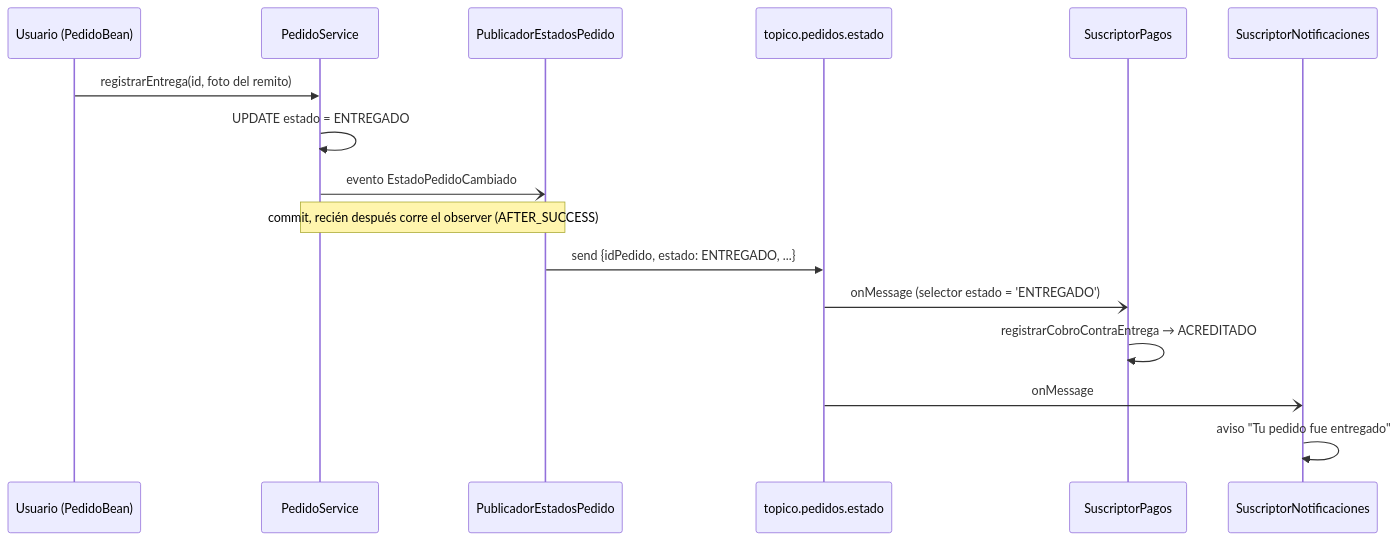
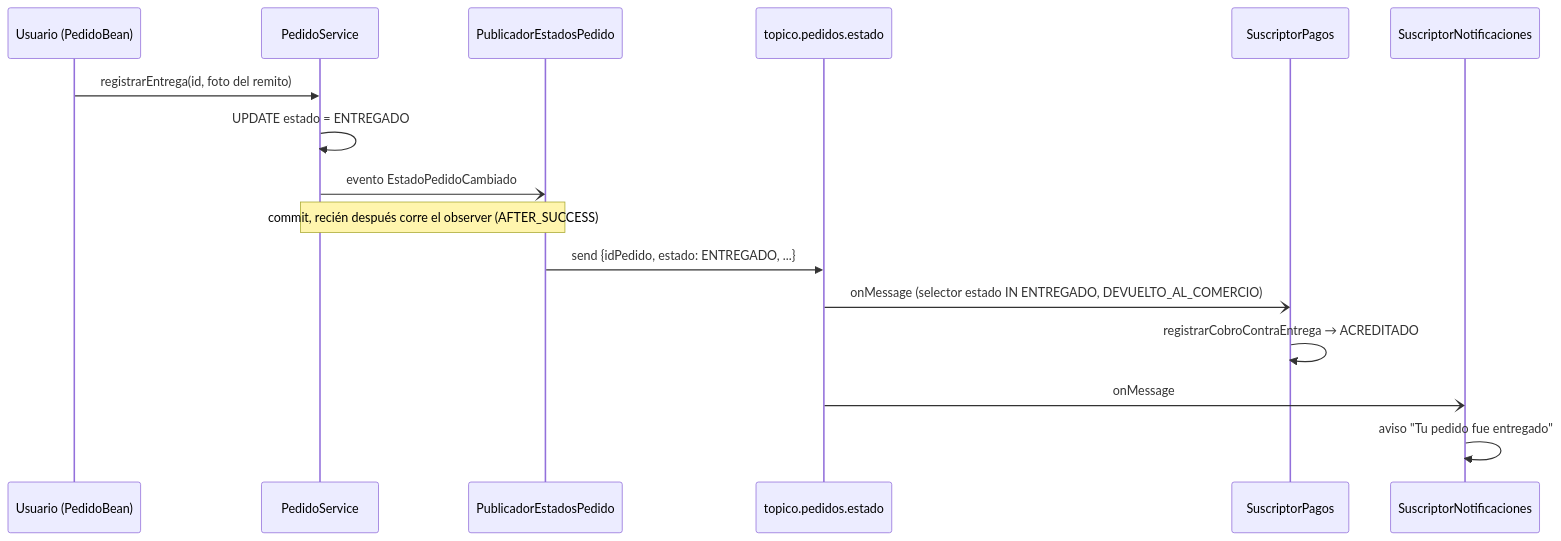
The second of 2 diagrams in docs/integraciones/MENSAJERIA-ASINCRONICA.md (feliforte14/Rabbit), drawn with Mermaid before and after one commit. The commit also changed 12 other files, not shown here.

````diff
--- a/docs/integraciones/MENSAJERIA-ASINCRONICA.md
+++ b/docs/integraciones/MENSAJERIA-ASINCRONICA.md
@@ -104,18 +104,18 @@
 ```mermaid
 sequenceDiagram
     participant U as Usuario (PedidoBean)
     participant PS as PedidoService
     participant Pub as PublicadorEstadosPedido
     participant T as topico.pedidos.estado
     participant Pag as SuscriptorPagos
     participant Not as SuscriptorNotificaciones
     U->>PS: registrarEntrega(id, foto del remito)
     PS->>PS: UPDATE estado = ENTREGADO
     PS-)Pub: evento EstadoPedidoCambiado
     Note over PS,Pub: commit, recién después corre el observer (AFTER_SUCCESS)
     Pub->>T: send {idPedido, estado: ENTREGADO, ...}
-    T-)Pag: onMessage (selector estado = 'ENTREGADO')
+    T-)Pag: onMessage (selector estado IN ENTREGADO, DEVUELTO_AL_COMERCIO)
     Pag->>Pag: registrarCobroContraEntrega → ACREDITADO
     T-)Not: onMessage
     Not->>Not: aviso "Tu pedido fue entregado"
 ```
````
